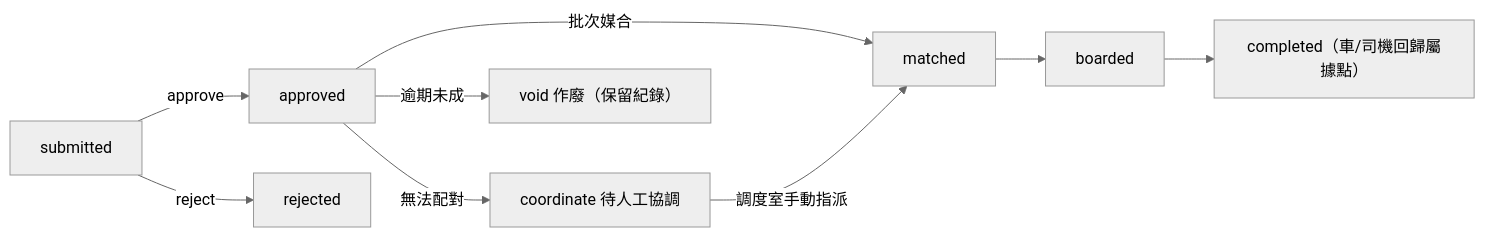
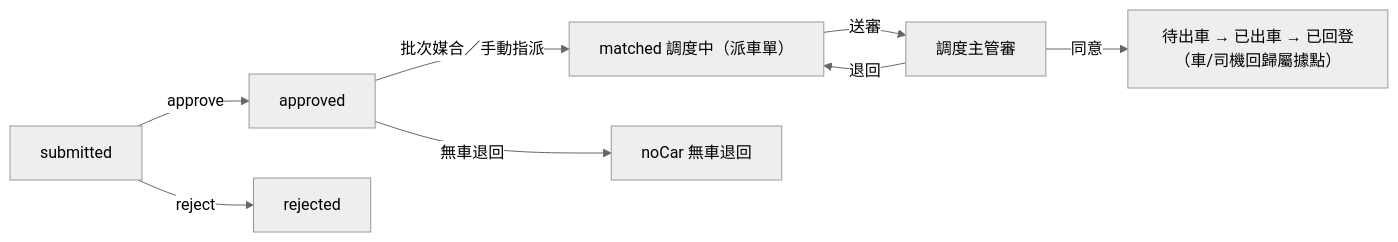
The fifth of 6 diagrams in docs/LOGIC.md (khcheng77/car-transport), drawn with Mermaid (neutral theme) before and after one commit. The commit also changed other lines of this file and 7 other files, not shown here.

````diff
--- a/docs/LOGIC.md
+++ b/docs/LOGIC.md
@@ -337,11 +367,10 @@
 ```mermaid
 flowchart LR
   c1["submitted"] -->|approve| c2["approved"]
   c1 -->|reject| cr["rejected"]
-  c2 -->|批次媒合| c3["matched"]
-  c2 -->|無法配對| cc["coordinate 待人工協調"]
-  c2 -->|逾期未成| cv["void 作廢（保留紀錄）"]
-  cc -->|調度室手動指派| c3
-  c3 --> c4["boarded"]
-  c4 --> c5["completed（車/司機回歸屬據點）"]
+  c2 -->|批次媒合／手動指派| c3["matched 調度中（派車單）"]
+  c2 -->|無車退回| cn["noCar 無車退回"]
+  c3 -->|送審| c4["調度主管審"]
+  c4 -->|同意| c5["待出車 → 已出車 → 已回登（車/司機回歸屬據點）"]
+  c4 -->|退回| c3
 ```
````
